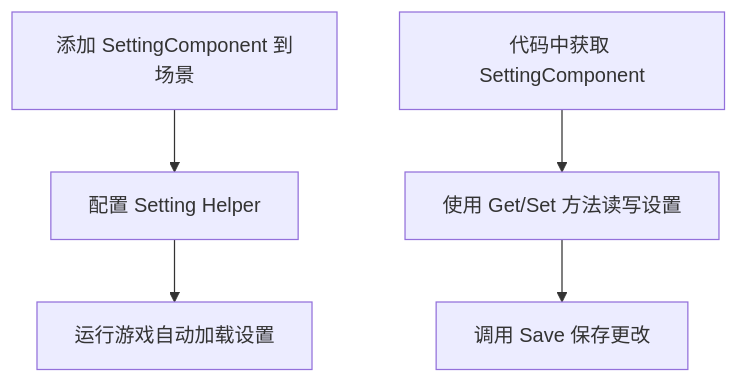
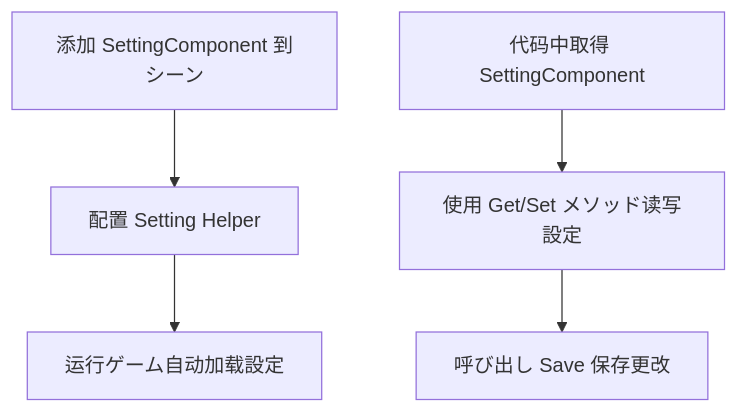
Before and after one commit to AlianBlank/GameFrameX.Docs: the first of 2 diagrams in docs/ja/client/unity/component/setting/03.getting-started.md, drawn with Mermaid. The commit also changed other lines of this file and 603 other files, not shown here.

````diff
--- a/docs/ja/client/unity/component/setting/03.getting-started.md
+++ b/docs/ja/client/unity/component/setting/03.getting-started.md
@@ -13,7 +13,7 @@
 ```mermaid
 flowchart TD
-    A[添加 SettingComponent 到场景] --> B[配置 Setting Helper]
-    B --> C[运行游戏自动加载设置]
-    D[代码中获取 SettingComponent] --> E[使用 Get/Set 方法读写设置]
-    E --> F[调用 Save 保存更改]
+    A[添加 SettingComponent 到シーン] --> B[配置 Setting Helper]
+    B --> C[运行ゲーム自动加载設定]
+    D[代码中取得 SettingComponent] --> E[使用 Get/Set メソッド读写設定]
+    E --> F[呼び出し Save 保存更改]
 ```
````
